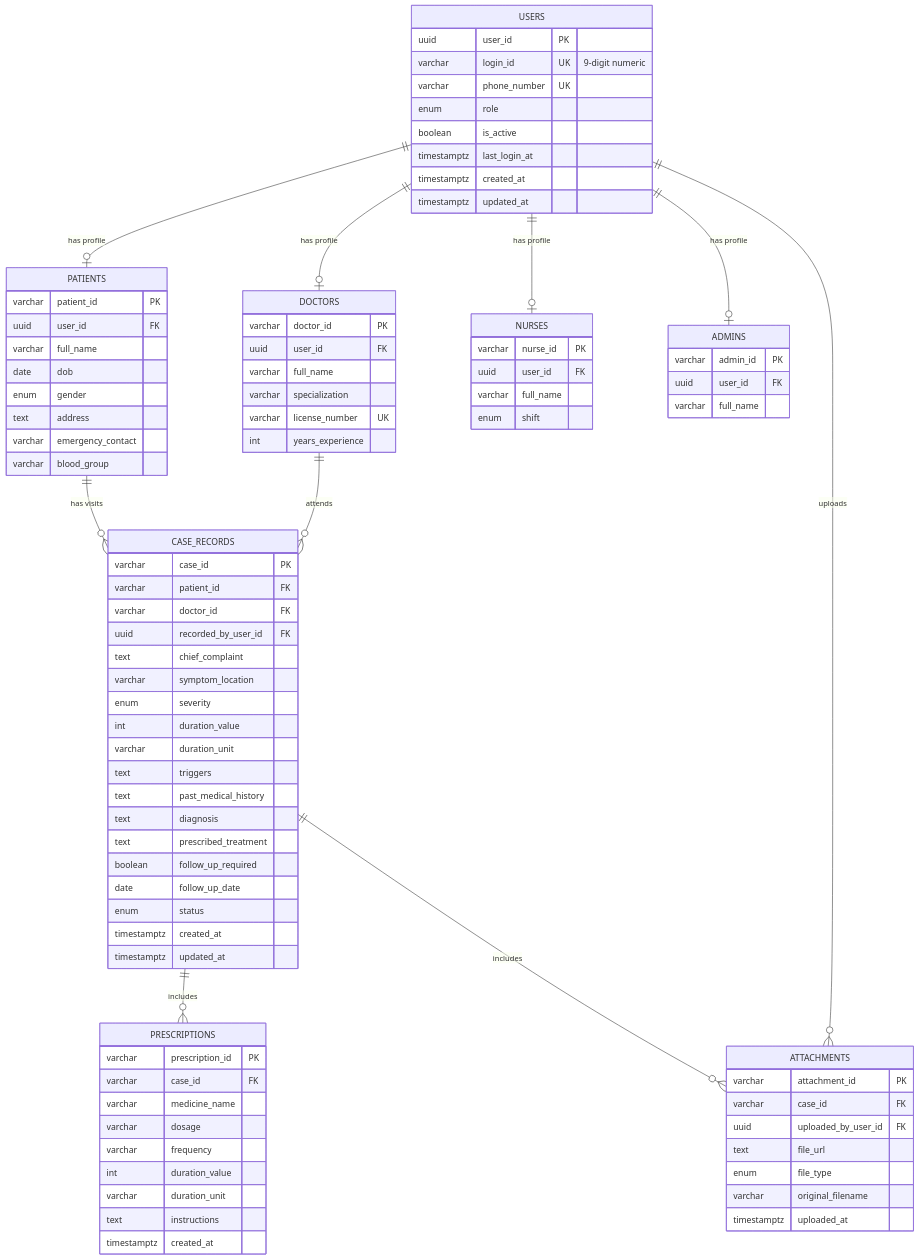
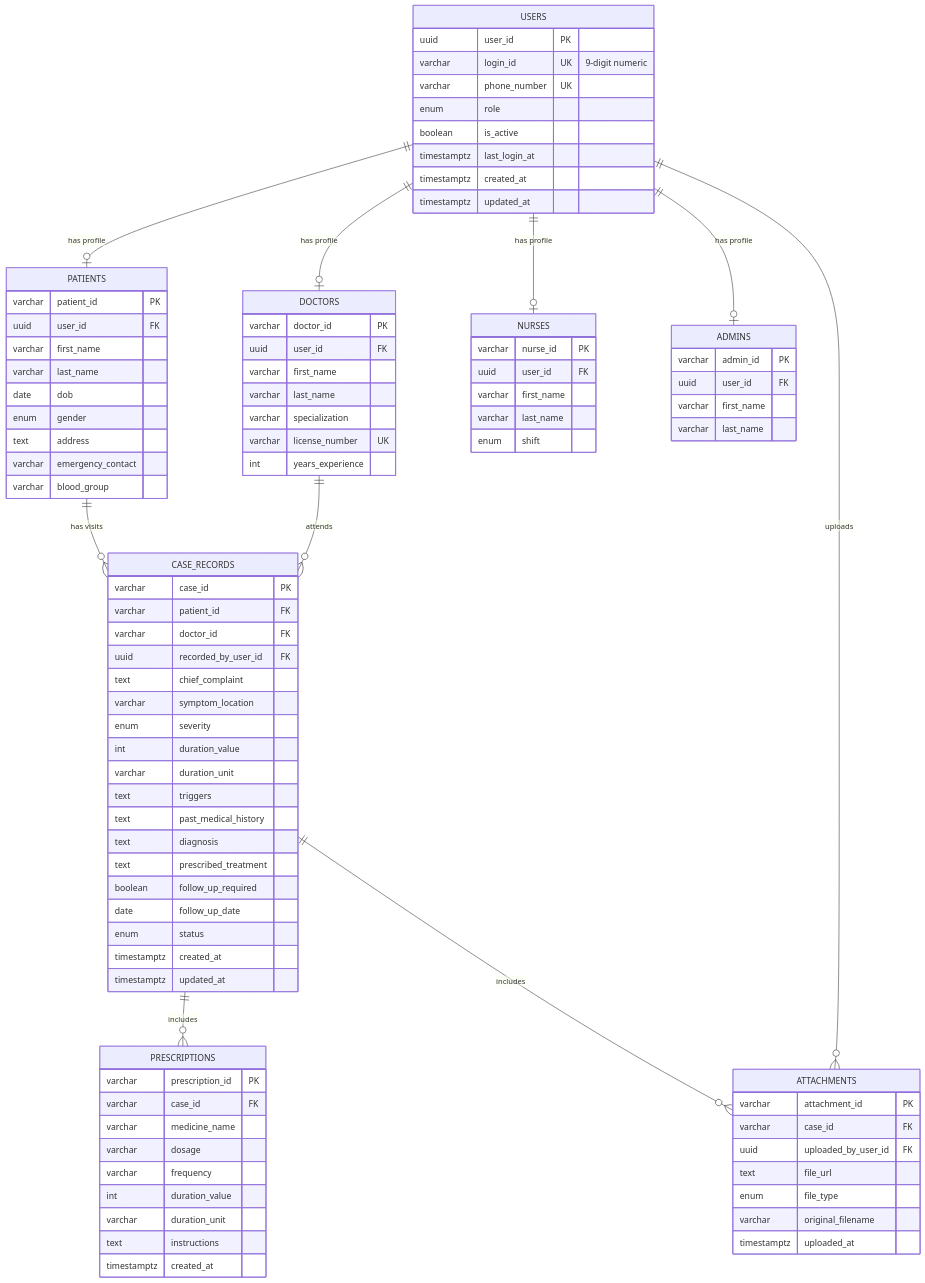
Before and after one commit to SubhankitDam/SIH2026_The_Open_Source: the diagram in server/database_schema.mmd, drawn with Mermaid.

Commit message:
docs (update): Split the full names into separate first name and last name fields

```diff
--- a/server/database_schema.mmd
+++ b/server/database_schema.mmd
@@ -1,97 +1,101 @@
 erDiagram
     USERS ||--o| PATIENTS : "has profile"
     USERS ||--o| DOCTORS : "has profile"
     USERS ||--o| NURSES : "has profile"
     USERS ||--o| ADMINS : "has profile"
     USERS ||--o{ ATTACHMENTS : uploads
     PATIENTS ||--o{ CASE_RECORDS : "has visits"
     DOCTORS ||--o{ CASE_RECORDS : "attends"
     CASE_RECORDS ||--o{ PRESCRIPTIONS : includes
     CASE_RECORDS ||--o{ ATTACHMENTS : includes
 
     USERS {
         uuid user_id PK
         varchar login_id UK "9-digit numeric"
         varchar phone_number UK
         enum role
         boolean is_active
         timestamptz last_login_at
         timestamptz created_at
         timestamptz updated_at
     }
 
     PATIENTS {
         varchar patient_id PK
         uuid user_id FK
-        varchar full_name
+        varchar first_name
+        varchar last_name
         date dob
         enum gender
         text address
         varchar emergency_contact
         varchar blood_group
     }
 
     DOCTORS {
         varchar doctor_id PK
         uuid user_id FK
-        varchar full_name
+        varchar first_name
+        varchar last_name
         varchar specialization
         varchar license_number UK
         int years_experience
     }
 
     NURSES {
         varchar nurse_id PK
         uuid user_id FK
-        varchar full_name
+        varchar first_name
+        varchar last_name
         enum shift
     }
 
     ADMINS {
         varchar admin_id PK
         uuid user_id FK
-        varchar full_name
+        varchar first_name
+        varchar last_name
     }
 
     CASE_RECORDS {
         varchar case_id PK
         varchar patient_id FK
         varchar doctor_id FK
         uuid recorded_by_user_id FK
         text chief_complaint
         varchar symptom_location
         enum severity
         int duration_value
         varchar duration_unit
         text triggers
         text past_medical_history
         text diagnosis
         text prescribed_treatment
         boolean follow_up_required
         date follow_up_date
         enum status
         timestamptz created_at
         timestamptz updated_at
     }
 
     PRESCRIPTIONS {
         varchar prescription_id PK
         varchar case_id FK
         varchar medicine_name
         varchar dosage
         varchar frequency
         int duration_value
         varchar duration_unit
         text instructions
         timestamptz created_at
     }
 
     ATTACHMENTS {
         varchar attachment_id PK
         varchar case_id FK
         uuid uploaded_by_user_id FK
         text file_url
         enum file_type
         varchar original_filename
         timestamptz uploaded_at
     }
```
